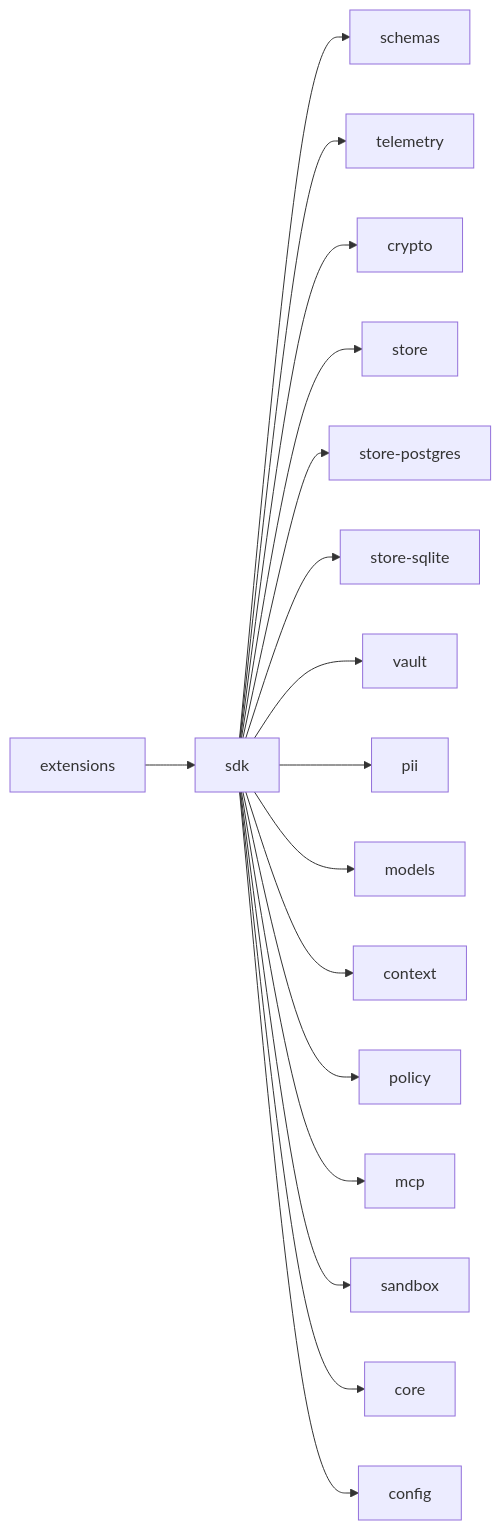
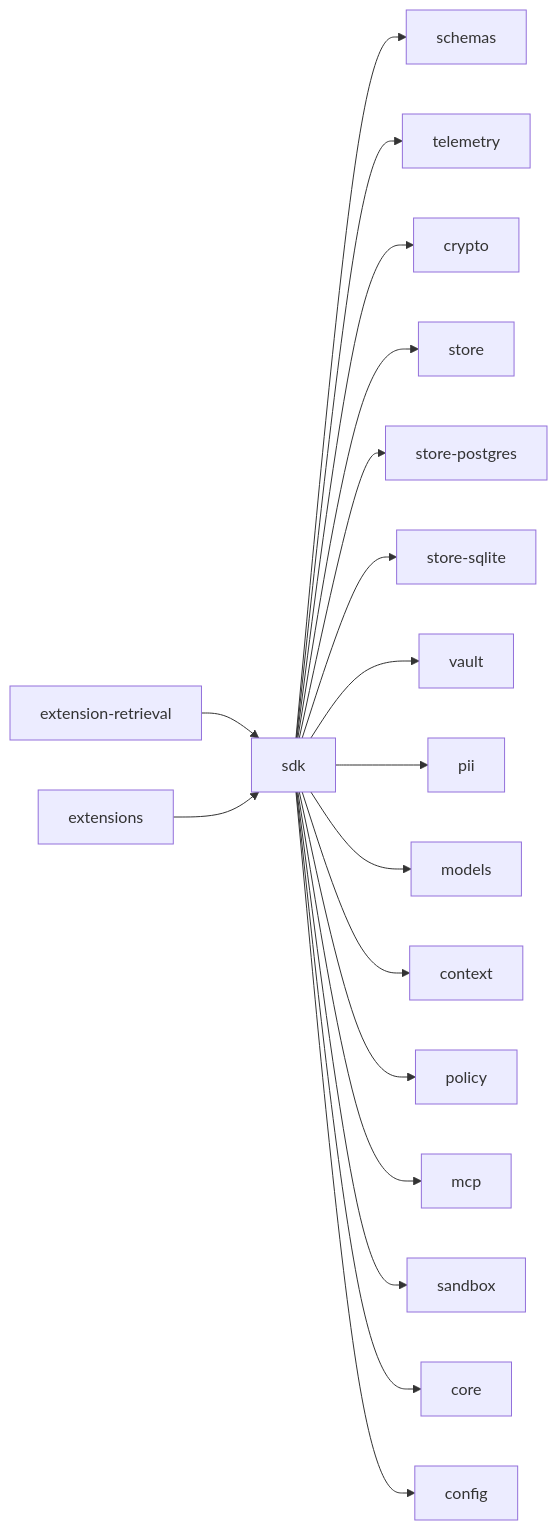
Before and after one commit to Rovinos-AI/rovinos-ai-harness: the first of 3 diagrams in packages/sdk/README.md, drawn with Mermaid. The commit also changed 30 other files, not shown here.

First line of the commit message:
[24.20] Ship a minimal reference retrieval extension (#783)

````diff
--- a/packages/sdk/README.md
+++ b/packages/sdk/README.md
@@ -6,36 +6,38 @@
 ```mermaid
 flowchart LR
   current["sdk"]
   may_schemas["schemas"]
   current --> may_schemas
   may_telemetry["telemetry"]
   current --> may_telemetry
   may_crypto["crypto"]
   current --> may_crypto
   may_store["store"]
   current --> may_store
   may_store_postgres["store-postgres"]
   current --> may_store_postgres
   may_store_sqlite["store-sqlite"]
   current --> may_store_sqlite
   may_vault["vault"]
   current --> may_vault
   may_pii["pii"]
   current --> may_pii
   may_models["models"]
   current --> may_models
   may_context["context"]
   current --> may_context
   may_policy["policy"]
   current --> may_policy
   may_mcp["mcp"]
   current --> may_mcp
   may_sandbox["sandbox"]
   current --> may_sandbox
   may_core["core"]
   current --> may_core
   may_config["config"]
   current --> may_config
+  used_by_extension_retrieval["extension-retrieval"]
+  used_by_extension_retrieval --> current
   used_by_extensions["extensions"]
   used_by_extensions --> current
 ```
````
